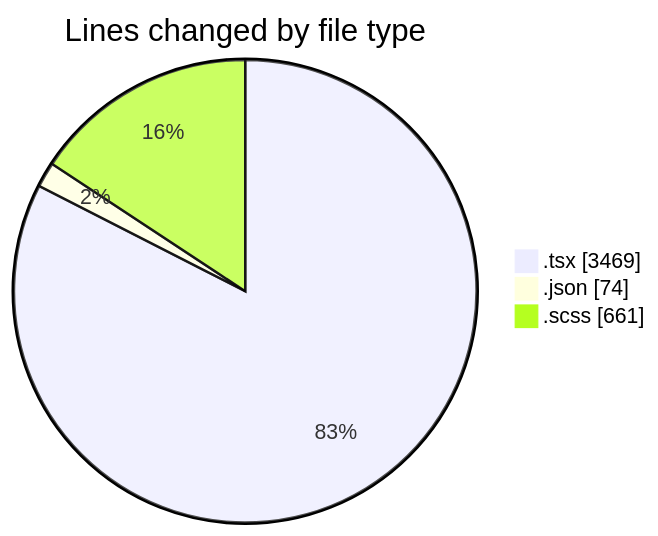
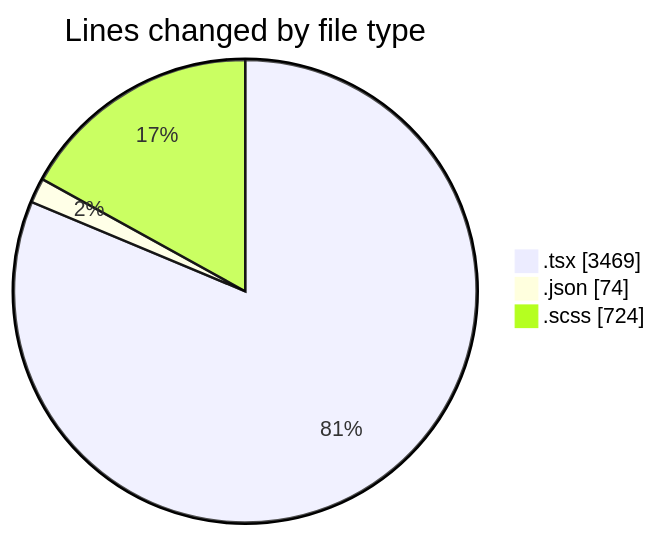
The first of 2 diagrams in 2025-04-08/cda/README.md (momahboobian/code-tracking), drawn with Mermaid before and after one commit. The commit also changed other lines of this file and 1 other file, not shown here.

````diff
--- a/2025-04-08/cda/README.md
+++ b/2025-04-08/cda/README.md
@@ -32,7 +33,7 @@
 ```mermaid
 pie showData
 title Lines changed by file type
 ".tsx" : 3469
 ".json" : 74
-".scss" : 661
+".scss" : 724
 ```
````
